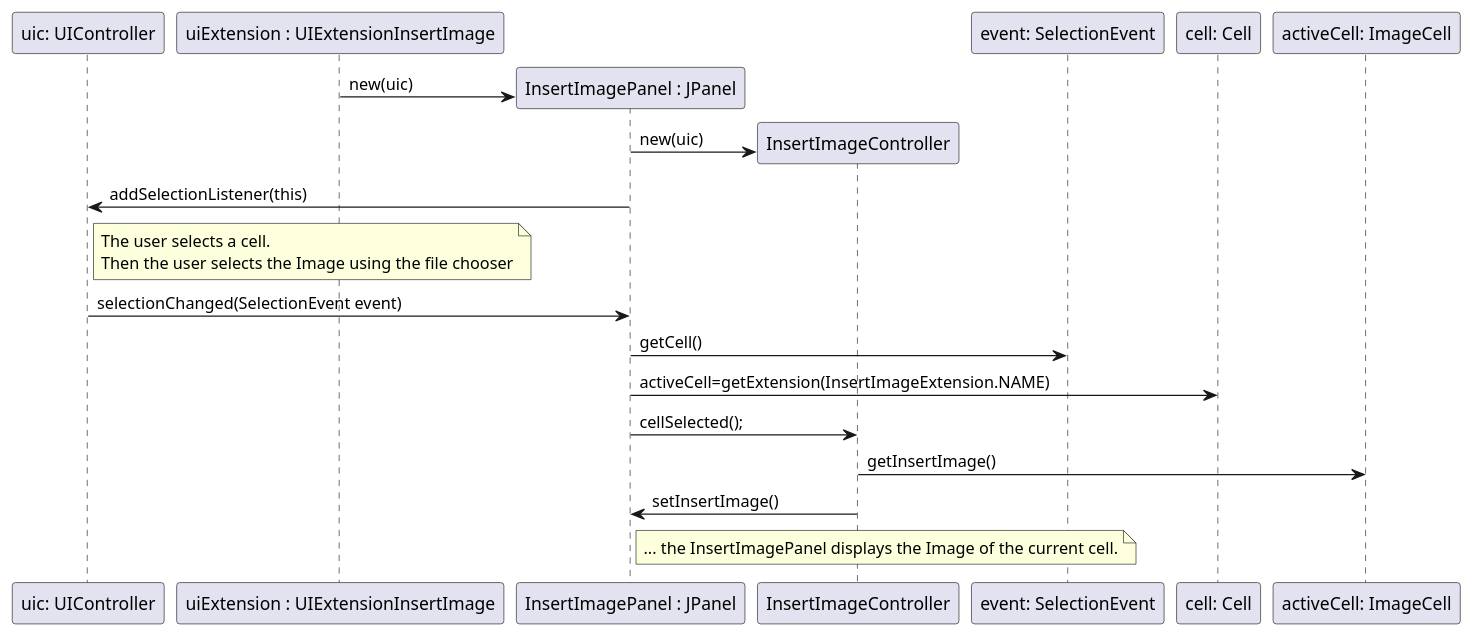
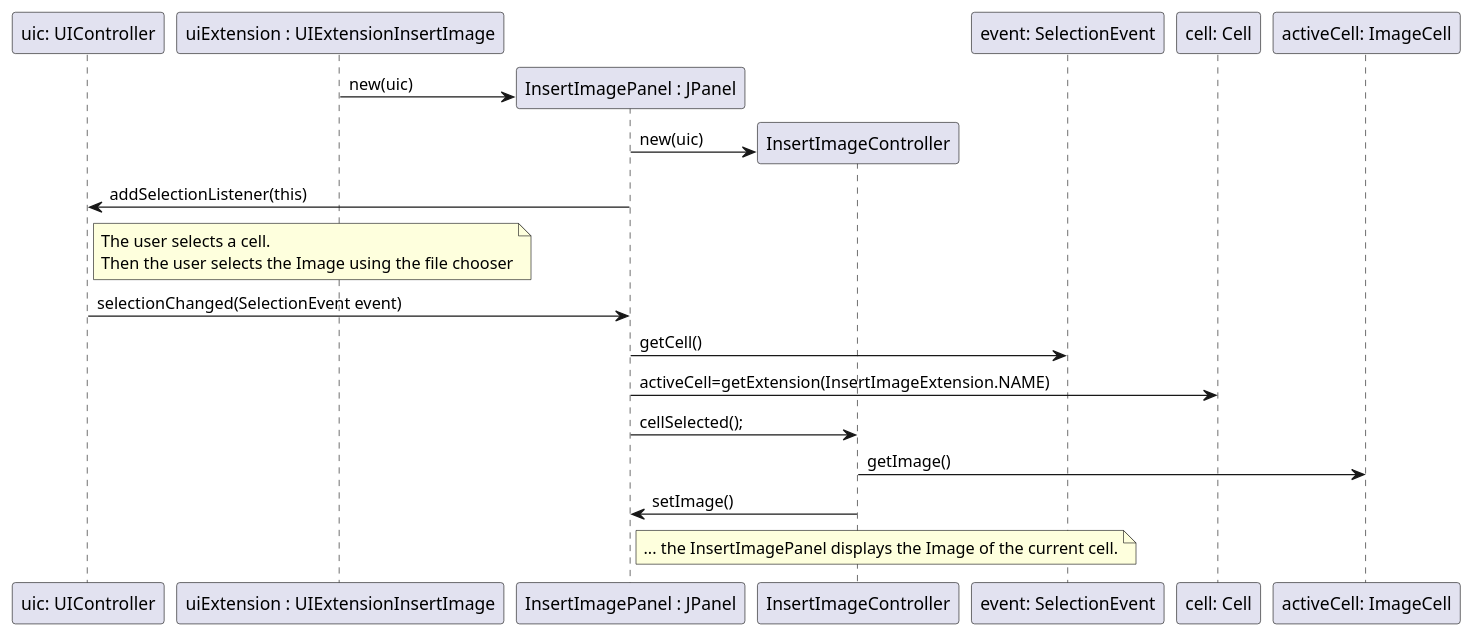
One commit to 1130348/Confusao changed the diagram in src/csheets/userstories/core06_01/insert_image/i120836/core06_01_design2.puml. Above: the diagram before and after it, drawn with PlantUML. The commit also changed 10 other files, not shown here.

```diff
--- a/src/csheets/userstories/core06_01/insert_image/i120836/core06_01_design2.puml
+++ b/src/csheets/userstories/core06_01/insert_image/i120836/core06_01_design2.puml
@@ -1,34 +1,34 @@
 @startuml doc-files/insert_image_extension_design2.png
     participant "uic: UIController" as uic
     participant "uiExtension : UIExtensionInsertImage" as UIExt
     participant "InsertImagePanel : JPanel" as cp
     participant "InsertImageController" as ctrl
     participant "event: SelectionEvent" as event
     participant "cell: Cell" as cell
     participant "activeCell: ImageCell" as activeCell
     
     create cp
     UIExt -> cp :  new(uic) 
     
     create ctrl
     cp -> ctrl : new(uic) 
     cp -> uic : addSelectionListener(this)
 
     note right of uic
         The user selects a cell.
         Then the user selects the Image using the file chooser
     end note
 
     uic -> cp : selectionChanged(SelectionEvent event)
     cp -> event : getCell()
     cp -> cell : activeCell=getExtension(InsertImageExtension.NAME)
 
     cp -> ctrl : cellSelected();
-    ctrl -> activeCell : getInsertImage()
-    ctrl -> cp : setInsertImage()
+    ctrl -> activeCell : getImage()
+    ctrl -> cp : setImage()
 
     note right of cp
         ... the InsertImagePanel displays the Image of the current cell.
     end note
 
 @enduml
```
